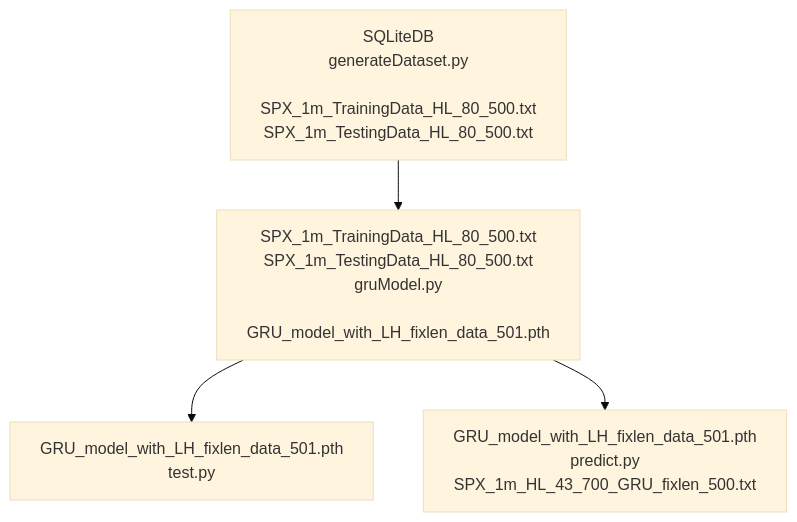
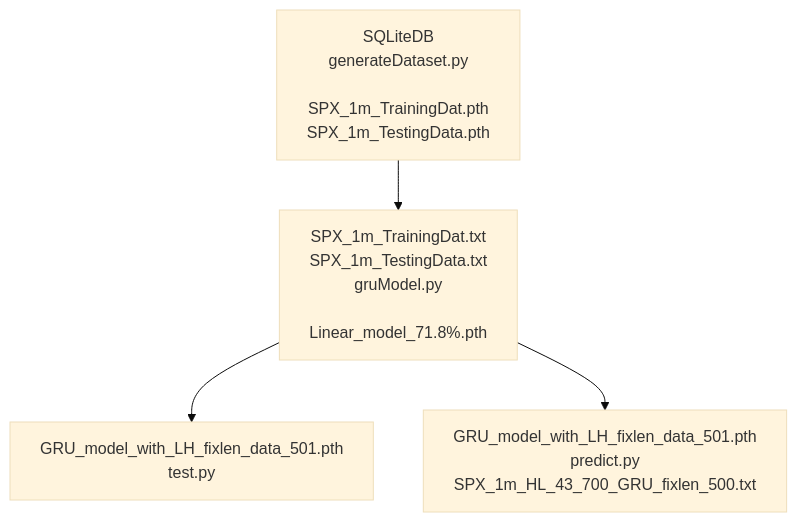
One commit to weip2008/LearnTorch changed the first of 2 diagrams in gru/doc/gru.md. Above: the diagram before and after it, drawn with Mermaid (base theme). The commit also changed other lines of this file and 3 other files, not shown here.

````diff
--- a/gru/doc/gru.md
+++ b/gru/doc/gru.md
@@ -3,11 +3,11 @@
 ```mermaid
 graph TB
 
-Data[SQLiteDB<br>generateDataset.py<br><br>SPX_1m_TrainingData_HL_80_500.txt<br>SPX_1m_TestingData_HL_80_500.txt]
-Model[SPX_1m_TrainingData_HL_80_500.txt<br>SPX_1m_TestingData_HL_80_500.txt<br>gruModel.py<br><br>GRU_model_with_LH_fixlen_data_501.pth]
+Data[SQLiteDB<br>generateDataset.py<br><br>SPX_1m_TrainingDat.pth<br>SPX_1m_TestingData.pth]
+Model[SPX_1m_TrainingDat.txt<br>SPX_1m_TestingData.txt<br>gruModel.py<br><br>Linear_model_71.8%.pth]
 Test[GRU_model_with_LH_fixlen_data_501.pth<br>test.py]
 Pred[GRU_model_with_LH_fixlen_data_501.pth<br>predict.py<br>SPX_1m_HL_43_700_GRU_fixlen_500.txt]
 
 Data-->Model-->Test
 Model -->Pred
 ```
````
